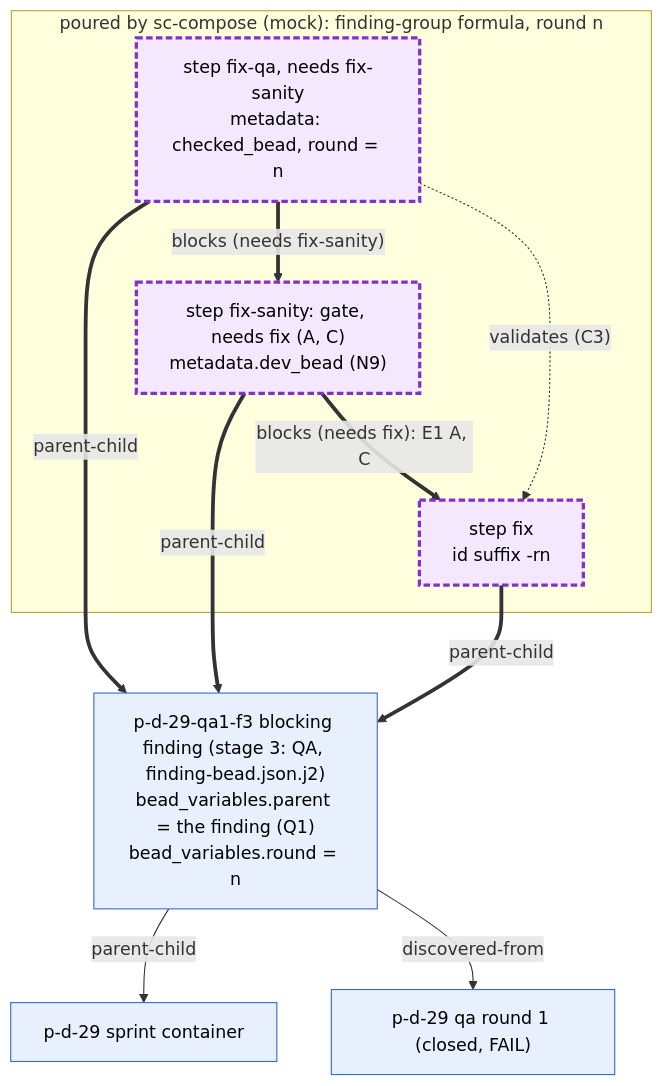
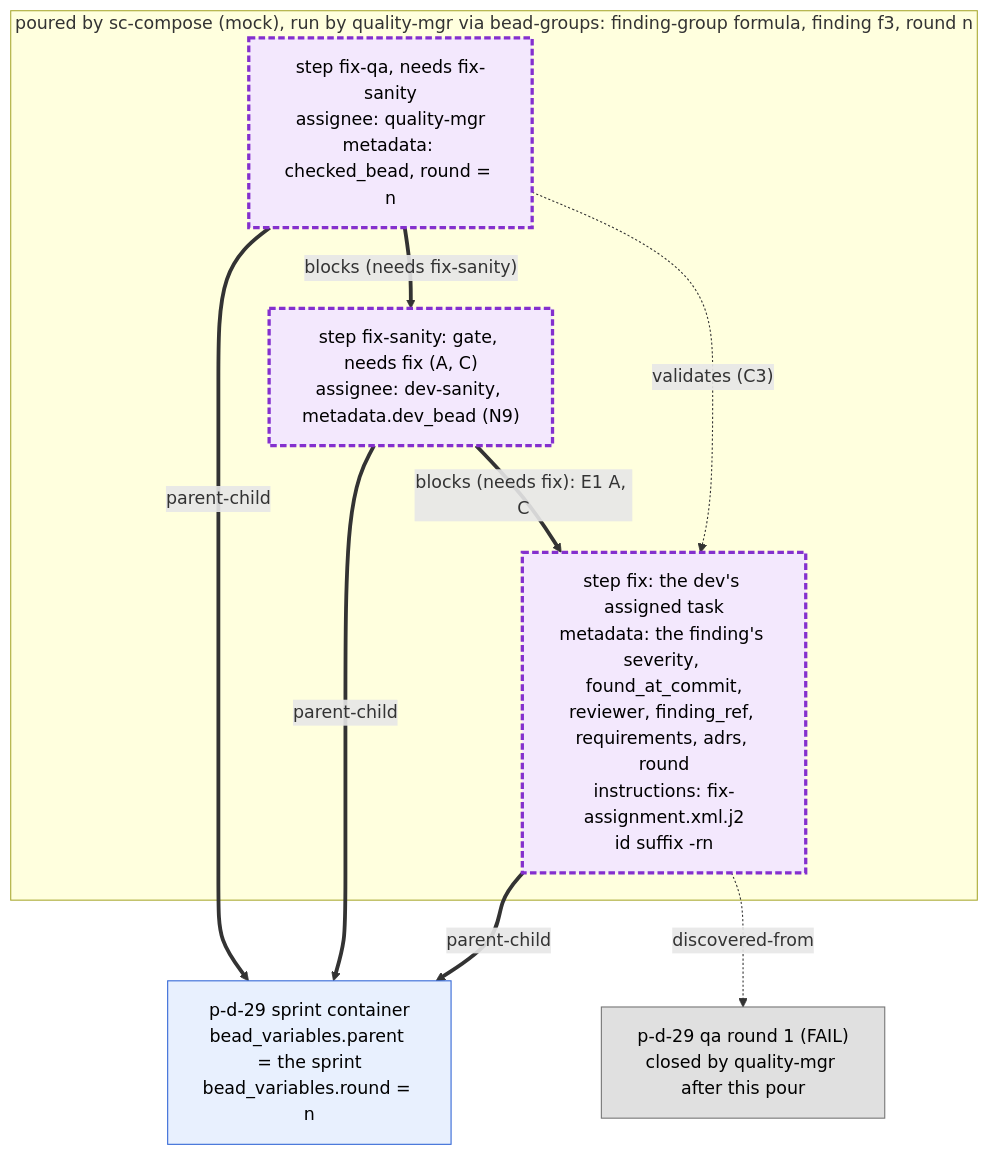
The third of 4 diagrams in docs/diagrams/07-sc-compose-formula.md (randlee/atm-bd-orchestration), drawn with Mermaid before and after one commit. The commit also changed other lines of this file and 6 other files, not shown here.

First line of the commit message:
docs: apply Rand's 2026-10-03 flat fix model to the bead diagrams

````diff
--- a/docs/diagrams/07-sc-compose-formula.md
+++ b/docs/diagrams/07-sc-compose-formula.md
@@ -165,23 +177,22 @@
 ```mermaid
 flowchart TB
   classDef tmpl fill:#e8f0fe,stroke:#3367d6,color:#000
   classDef poured fill:#f3e8fd,stroke:#8430ce,stroke-width:3px,stroke-dasharray:6 3,color:#000
+  classDef closed fill:#e0e0e0,stroke:#757575,color:#000
 
-  SPR["p-d-29 sprint container"]:::tmpl
-  QA1["p-d-29 qa round 1 (closed, FAIL)"]:::tmpl
-  F["p-d-29-qa1-f3 blocking finding (stage 3: QA, finding-bead.json.j2)<br/>bead_variables.parent = the finding (Q1)<br/>bead_variables.round = n"]:::tmpl
-  subgraph POUR["poured by sc-compose (mock): finding-group formula, round n"]
-    FX["step fix<br/>id suffix -rn"]:::poured
-    FS["step fix-sanity: gate, needs fix (A, C)<br/>metadata.dev_bead (N9)"]:::poured
-    FQ["step fix-qa, needs fix-sanity<br/>metadata: checked_bead, round = n"]:::poured
+  SPR["p-d-29 sprint container<br/>bead_variables.parent = the sprint<br/>bead_variables.round = n"]:::tmpl
+  QA1["p-d-29 qa round 1 (FAIL)<br/>closed by quality-mgr after this pour"]:::closed
+  subgraph POUR["poured by sc-compose (mock), run by quality-mgr via bead-groups: finding-group formula, finding f3, round n"]
+    FX["step fix: the dev's assigned task<br/>metadata: the finding's severity, found_at_commit,<br/>reviewer, finding_ref, requirements, adrs, round<br/>instructions: fix-assignment.xml.j2<br/>id suffix -rn"]:::poured
+    FS["step fix-sanity: gate, needs fix (A, C)<br/>assignee: dev-sanity, metadata.dev_bead (N9)"]:::poured
+    FQ["step fix-qa, needs fix-sanity<br/>assignee: quality-mgr<br/>metadata: checked_bead, round = n"]:::poured
   end
 
-  F -->|parent-child| SPR
-  F -->|discovered-from| QA1
-  FX ==>|parent-child| F
-  FS ==>|parent-child| F
-  FQ ==>|parent-child| F
+  FX ==>|parent-child| SPR
+  FS ==>|parent-child| SPR
+  FQ ==>|parent-child| SPR
   FS ==>|"blocks (needs fix): E1 A, C"| FX
   FQ ==>|"blocks (needs fix-sanity)"| FS
   FQ -.->|"validates (C3)"| FX
+  FX -.->|discovered-from| QA1
 ```
````
